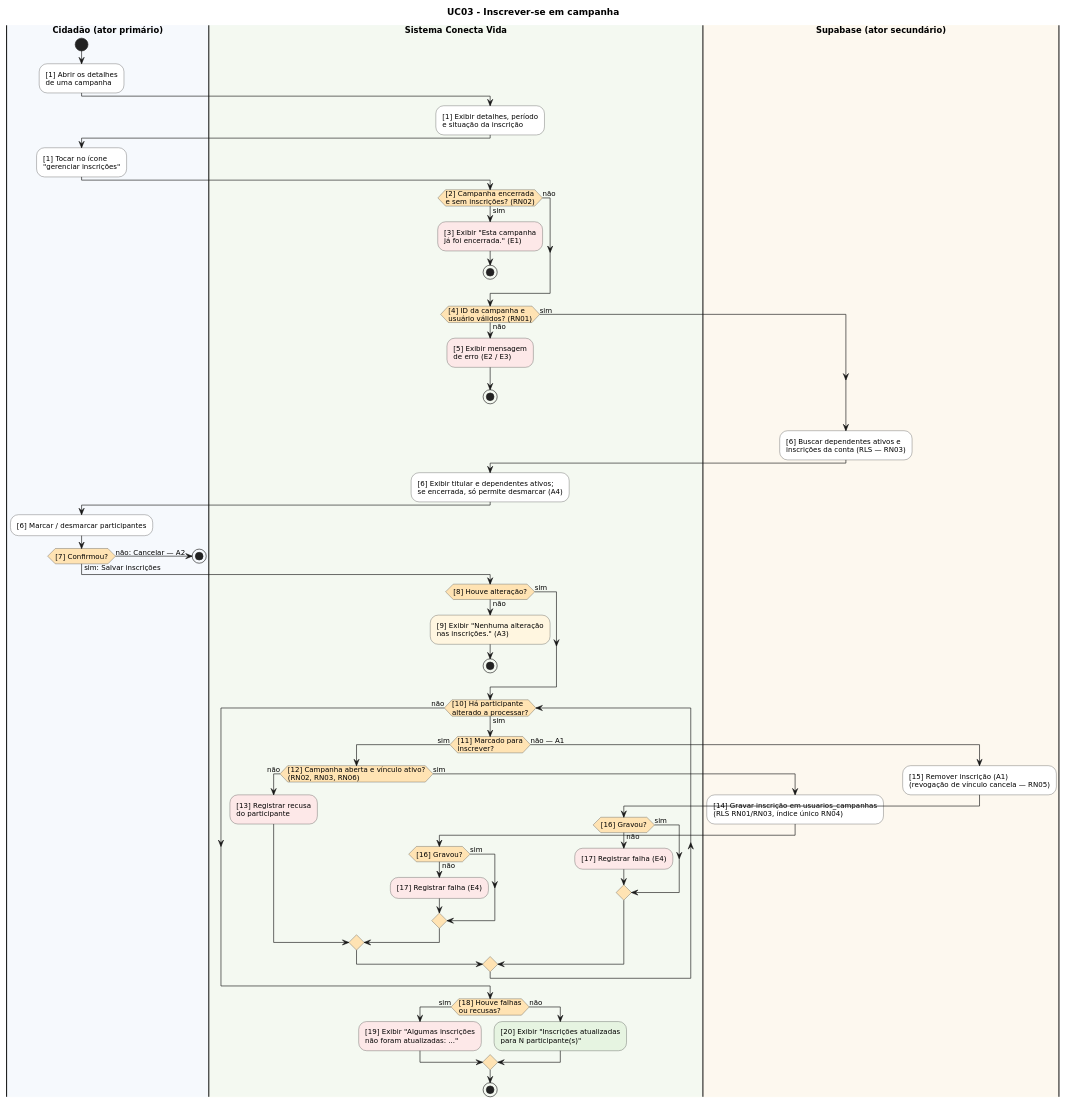
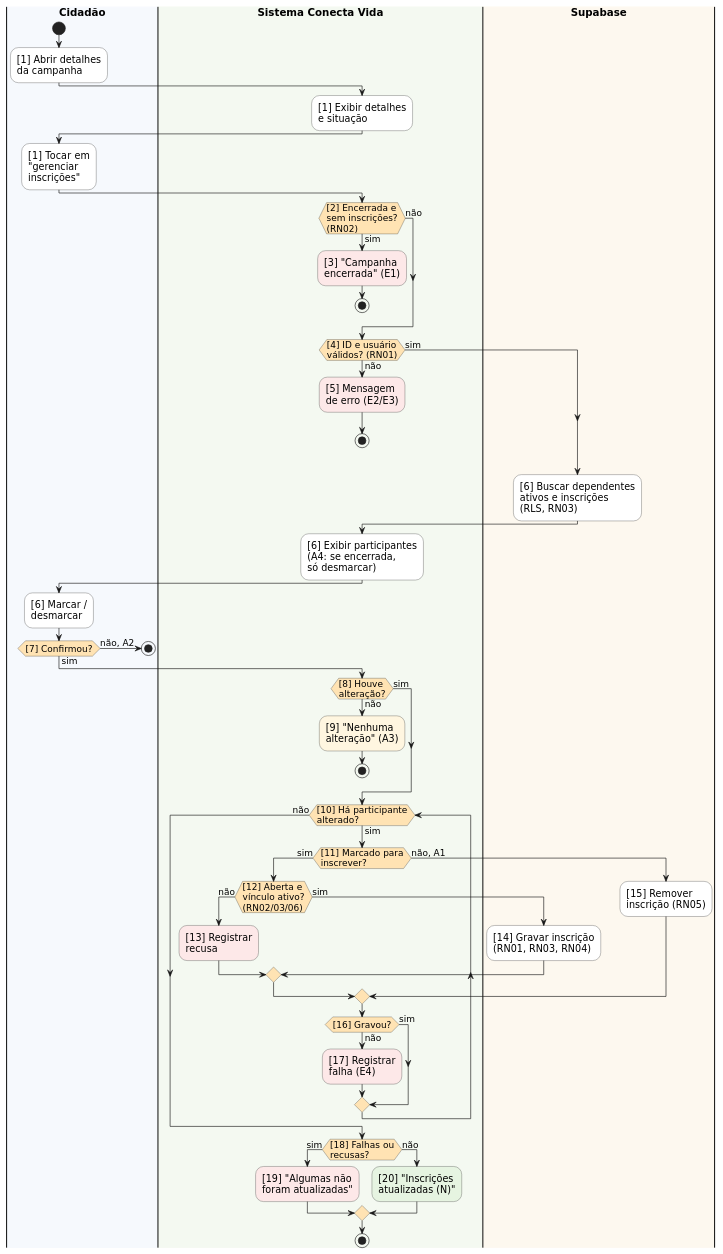
The diagram in qualidade/diagramas/ex04_atividades.puml (Conecta-Vida/Conecta-Vida-Mobile), drawn with PlantUML before and after one commit. The commit also changed 27 other files, not shown here.

Commit message:
docs(qualidade): diagramas legíveis (classes em 2 partes, arquitetura, GFC por blocos, engenharia reversa em 3 partes)

```diff
--- a/qualidade/diagramas/ex04_atividades.puml
+++ b/qualidade/diagramas/ex04_atividades.puml
@@ -1,76 +1,73 @@
 @startuml ex04_atividades_uml
-' Exercício 4 - Diagrama de Atividades (UML) com raias do caso de uso
-' "Inscrever-se em campanha". Os números [n] são os nós do GFC.
+' Exercício 4 - Diagrama de Atividades (UML) com raias - UC03 Inscrever-se em campanha.
+' Os números [n] são os nós do Grafo de Fluxo de Controle (Figura 4).
 skinparam defaultFontName DejaVu Sans
-skinparam defaultFontSize 11
+skinparam defaultFontSize 15
 skinparam ActivityBackgroundColor #FFFFFF
 skinparam ActivityBorderColor #333333
 skinparam ActivityDiamondBackgroundColor #FFE3B3
+skinparam ActivityDiamondFontSize 14
+skinparam ArrowFontSize 14
 skinparam SwimlaneTitleFontStyle bold
-skinparam SwimlaneTitleFontSize 13
-title UC03 – Inscrever-se em campanha
+skinparam SwimlaneTitleFontSize 16
 
-|#F6F9FD|Cidadão (ator primário)|
+|#F6F9FD|Cidadão|
 start
-:[1] Abrir os detalhes\nde uma campanha;
+:[1] Abrir detalhes\nda campanha;
 |#F4F9F1|Sistema Conecta Vida|
-:[1] Exibir detalhes, período\ne situação da inscrição;
-|Cidadão (ator primário)|
-:[1] Tocar no ícone\n"gerenciar inscrições";
+:[1] Exibir detalhes\ne situação;
+|Cidadão|
+:[1] Tocar em\n"gerenciar\ninscrições";
 |Sistema Conecta Vida|
-if ([2] Campanha encerrada\ne sem inscrições? (RN02)) then (sim)
-  #FDE8E8:[3] Exibir "Esta campanha\njá foi encerrada." (E1);
+if ([2] Encerrada e\nsem inscrições?\n(RN02)) then (sim)
+  #FDE8E8:[3] "Campanha\nencerrada" (E1);
   stop
 else (não)
 endif
-if ([4] ID da campanha e\nusuário válidos? (RN01)) then (não)
-  #FDE8E8:[5] Exibir mensagem\nde erro (E2 / E3);
+if ([4] ID e usuário\nválidos? (RN01)) then (não)
+  #FDE8E8:[5] Mensagem\nde erro (E2/E3);
   stop
 else (sim)
 endif
-|#FDF8EF|Supabase (ator secundário)|
-:[6] Buscar dependentes ativos e\ninscrições da conta (RLS — RN03);
+|#FDF8EF|Supabase|
+:[6] Buscar dependentes\nativos e inscrições\n(RLS, RN03);
 |Sistema Conecta Vida|
-:[6] Exibir titular e dependentes ativos;\nse encerrada, só permite desmarcar (A4);
-|Cidadão (ator primário)|
-:[6] Marcar / desmarcar participantes;
-if ([7] Confirmou?) then (não: Cancelar — A2)
-  stop
-else (sim: Salvar inscrições)
-endif
-|Sistema Conecta Vida|
-if ([8] Houve alteração?) then (não)
-  #FFF6E0:[9] Exibir "Nenhuma alteração\nnas inscrições." (A3);
+:[6] Exibir participantes\n(A4: se encerrada,\nsó desmarcar);
+|Cidadão|
+:[6] Marcar /\ndesmarcar;
+if ([7] Confirmou?) then (não, A2)
   stop
 else (sim)
 endif
-while ([10] Há participante\nalterado a processar?) is (sim)
+|Sistema Conecta Vida|
+if ([8] Houve\nalteração?) then (não)
+  #FFF6E0:[9] "Nenhuma\nalteração" (A3);
+  stop
+else (sim)
+endif
+while ([10] Há participante\nalterado?) is (sim)
   if ([11] Marcado para\ninscrever?) then (sim)
-    if ([12] Campanha aberta e vínculo ativo?\n(RN02, RN03, RN06)) then (não)
-      #FDE8E8:[13] Registrar recusa\ndo participante;
+    if ([12] Aberta e\nvínculo ativo?\n(RN02/03/06)) then (não)
+      #FDE8E8:[13] Registrar\nrecusa;
     else (sim)
-      |Supabase (ator secundário)|
-      :[14] Gravar inscrição em usuarios_campanhas\n(RLS RN01/RN03, índice único RN04);
+      |Supabase|
+      :[14] Gravar inscrição\n(RN01, RN03, RN04);
       |Sistema Conecta Vida|
-      if ([16] Gravou?) then (não)
-        #FDE8E8:[17] Registrar falha (E4);
-      else (sim)
-      endif
     endif
-  else (não — A1)
-    |Supabase (ator secundário)|
-    :[15] Remover inscrição (A1)\n(revogação de vínculo cancela — RN05);
+  else (não, A1)
+    |Supabase|
+    :[15] Remover\ninscrição (RN05);
     |Sistema Conecta Vida|
-    if ([16] Gravou?) then (não)
-      #FDE8E8:[17] Registrar falha (E4);
-    else (sim)
-    endif
+  endif
+  if ([16] Gravou?) then (não)
+    #FDE8E8:[17] Registrar\nfalha (E4);
+  else (sim)
   endif
 endwhile (não)
-if ([18] Houve falhas\nou recusas?) then (sim)
-  #FDE8E8:[19] Exibir "Algumas inscrições\nnão foram atualizadas: ...";
+if ([18] Falhas ou\nrecusas?) then (sim)
+  #FDE8E8:[19] "Algumas não\nforam atualizadas";
 else (não)
-  #E6F4E1:[20] Exibir "Inscrições atualizadas\npara N participante(s)";
+  #E6F4E1:[20] "Inscrições\natualizadas (N)";
 endif
 stop
 @enduml
```
